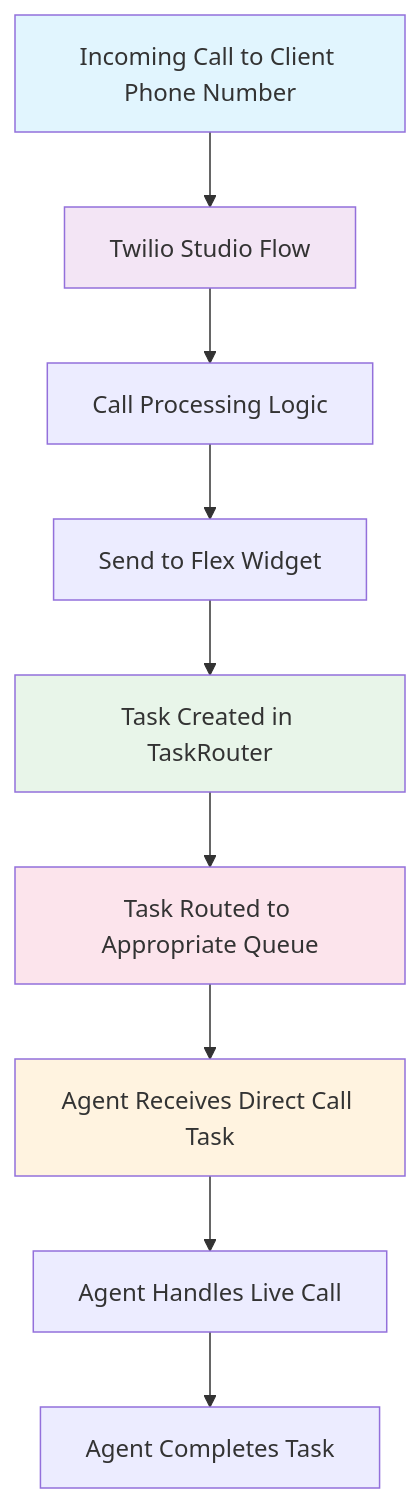
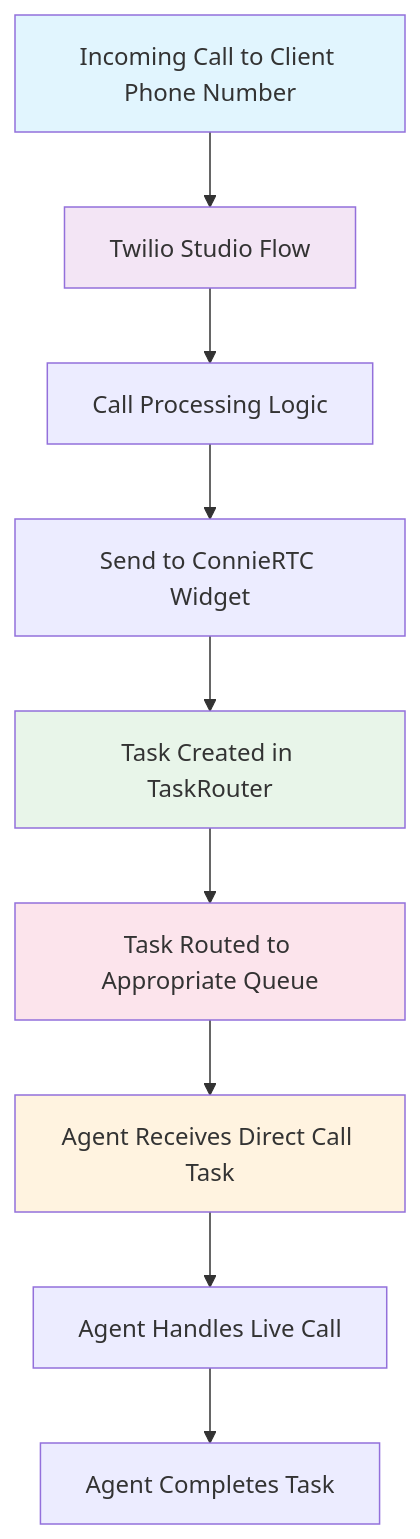
The second of 2 diagrams in docs/developers/building/feature-management/channels/voice/voice-direct-architecture.md (ConnieML/docs.connie), drawn with Mermaid before and after one commit. The commit also changed other lines of this file and 120 other files, not shown here.

Commit message:
Replace Twilio with Connie and Flex with ConnieRTC throughout documentation

````diff
--- a/docs/developers/building/feature-management/channels/voice/voice-direct-architecture.md
+++ b/docs/developers/building/feature-management/channels/voice/voice-direct-architecture.md
@@ -69,17 +69,17 @@
 ```mermaid
 flowchart TB
     A[Incoming Call to Client Phone Number] --> B[Twilio Studio Flow]
     B --> C[Call Processing Logic]
-    C --> D[Send to Flex Widget]
+    C --> D[Send to ConnieRTC Widget]
     D --> E[Task Created in TaskRouter]
     E --> F[Task Routed to Appropriate Queue]
     F --> G[Agent Receives Direct Call Task]
     G --> H[Agent Handles Live Call]
     H --> I[Agent Completes Task]
     
     style A fill:#e1f5fe
     style B fill:#f3e5f5
     style E fill:#e8f5e9
     style F fill:#fce4ec
     style G fill:#fff3e0
 ```
````
